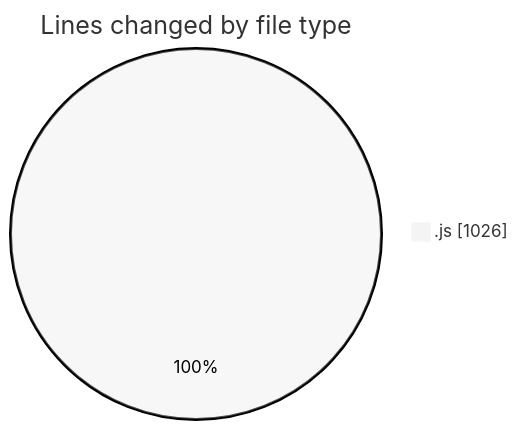
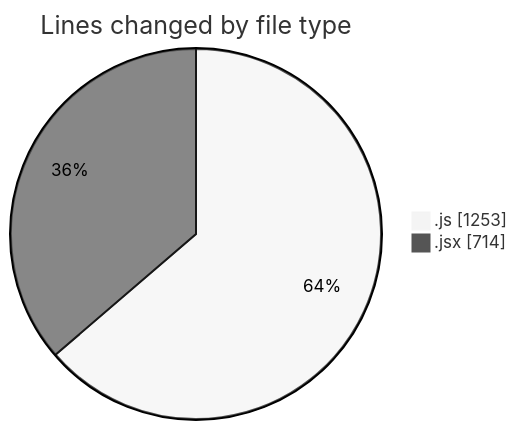
Before and after one commit to nxtqubesakshisongat/code-tracking: the first of 2 diagrams in 2025-09-01/nxtqube_webapp/README.md, drawn with Mermaid (neutral theme). The commit also changed other lines of this file and 1 other file, not shown here.

````diff
--- a/2025-09-01/nxtqube_webapp/README.md
+++ b/2025-09-01/nxtqube_webapp/README.md
@@ -20,5 +21,6 @@
 ```mermaid
 pie showData
 title Lines changed by file type
-".js" : 1026
+".js" : 1253
+".jsx" : 714
 ```
````
